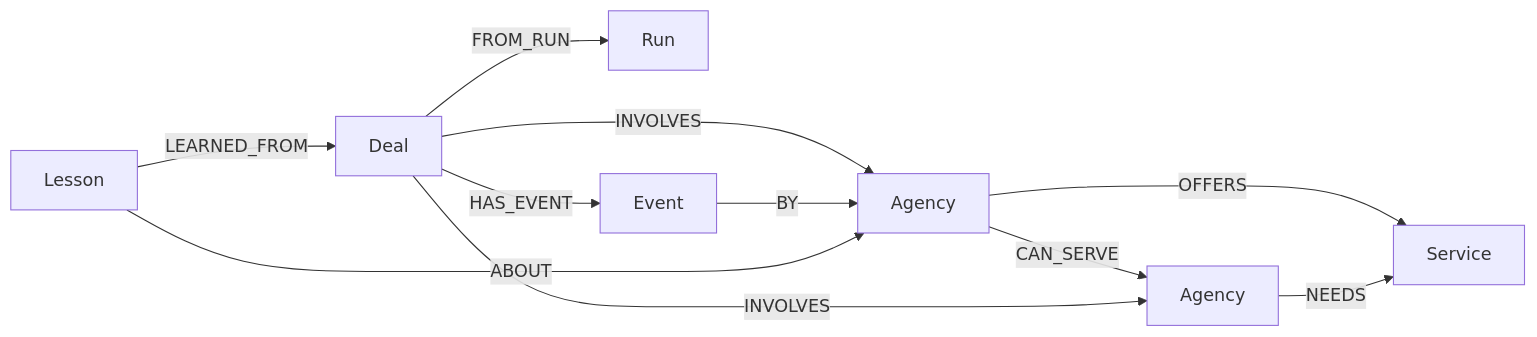
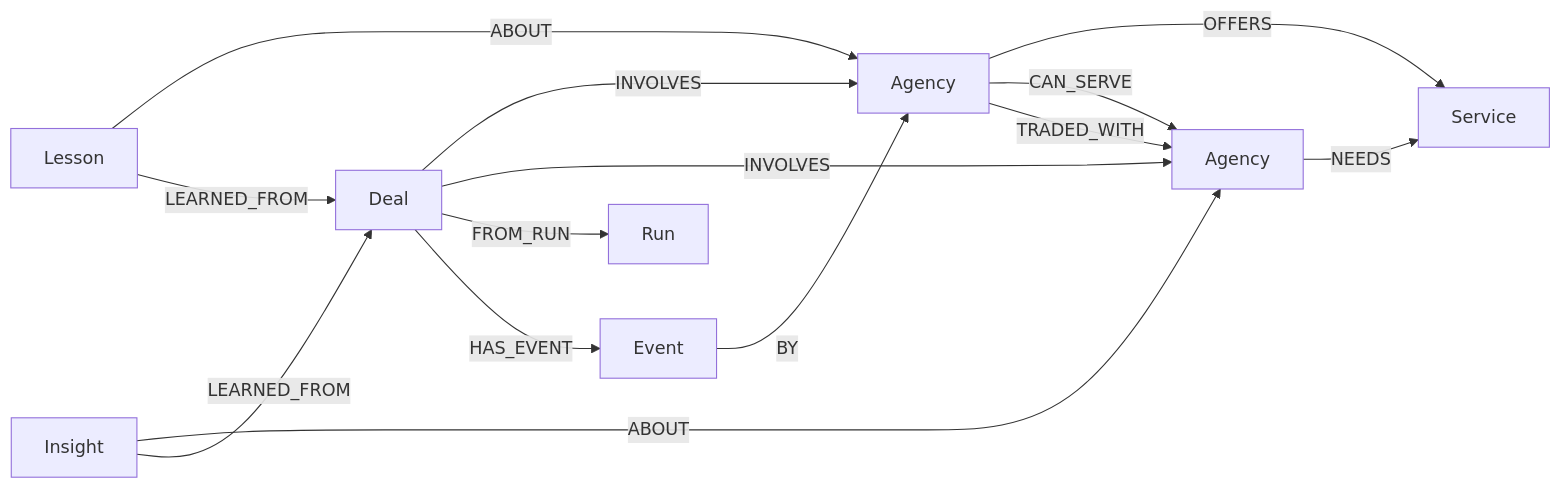
One commit to MaanavKrishna/deadlock-graphhacks changed the diagram in README.md. Above: the diagram before and after it, drawn with Mermaid. The commit also changed other lines of this file and 4 other files, not shown here.

Commit message:
docs: graph capabilities by track, Ask/MCP setup, new queries and screenshots

````diff
--- a/README.md
+++ b/README.md
@@ -78,13 +96,16 @@
 ```mermaid
 graph LR
   A[Agency] -->|OFFERS| S[Service]
   B[Agency] -->|NEEDS| S
   A -->|CAN_SERVE| B
   D[Deal] -->|INVOLVES| A
   D -->|INVOLVES| B
   D -->|FROM_RUN| R[Run]
   D -->|HAS_EVENT| E[Event]
   E -->|BY| A
   L[Lesson] -->|ABOUT| A
   L -->|LEARNED_FROM| D
+  I[Insight] -->|ABOUT| B
+  I -->|LEARNED_FROM| D
+  A -->|TRADED_WITH| B
 ```
````
